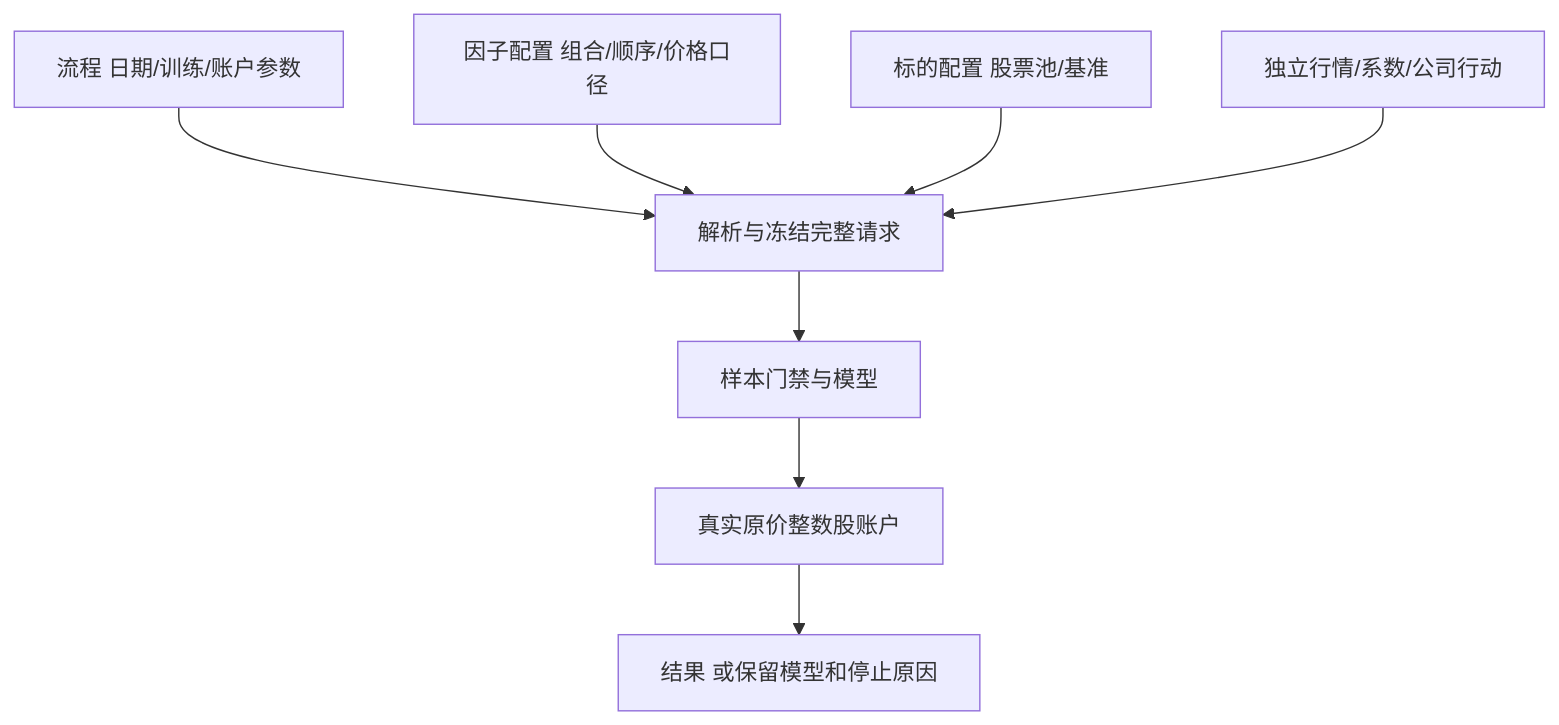
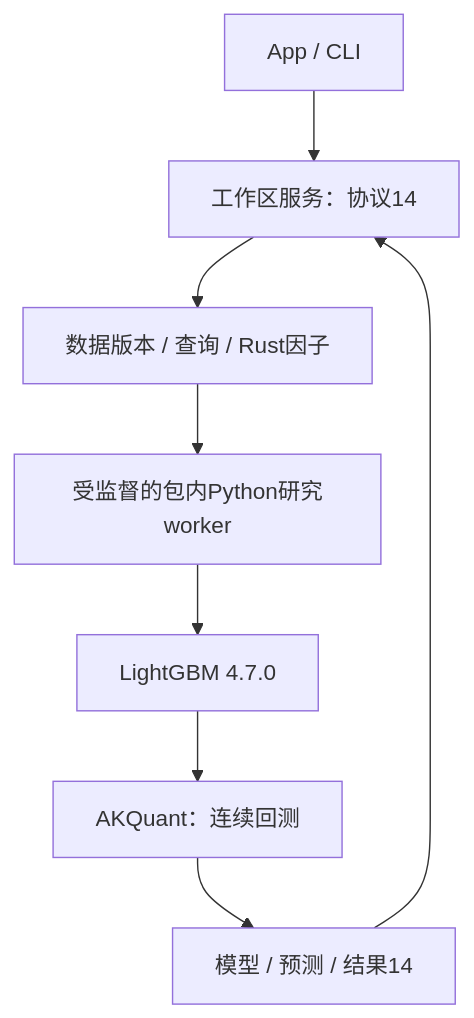
One commit to Dennishaha/JFQuant changed the diagram in README.md. Above: the diagram before and after it, drawn with Mermaid. The commit also changed other lines of this file and 97 other files, not shown here.

````diff
--- a/README.md
+++ b/README.md
@@ -139,10 +7,10 @@
 ```mermaid
 flowchart TD
-  W[流程 日期/训练/账户参数] --> F[解析与冻结完整请求]
-  A[因子配置 组合/顺序/价格口径] --> F
-  U[标的配置 股票池/基准] --> F
-  D[独立行情/系数/公司行动] --> F
-  F --> T[样本门禁与模型]
-  T --> B[真实原价整数股账户]
-  B --> R[结果 或保留模型和停止原因]
+ UI[App / CLI] --> S[工作区服务：协议14]
+ S --> D[数据版本 / 查询 / Rust因子]
+ D --> W[受监督的包内Python研究worker]
+ W --> L[LightGBM 4.7.0]
+ L --> A[AKQuant：连续回测]
+ A --> R[模型 / 预测 / 结果14]
+ R --> S
 ```
````
